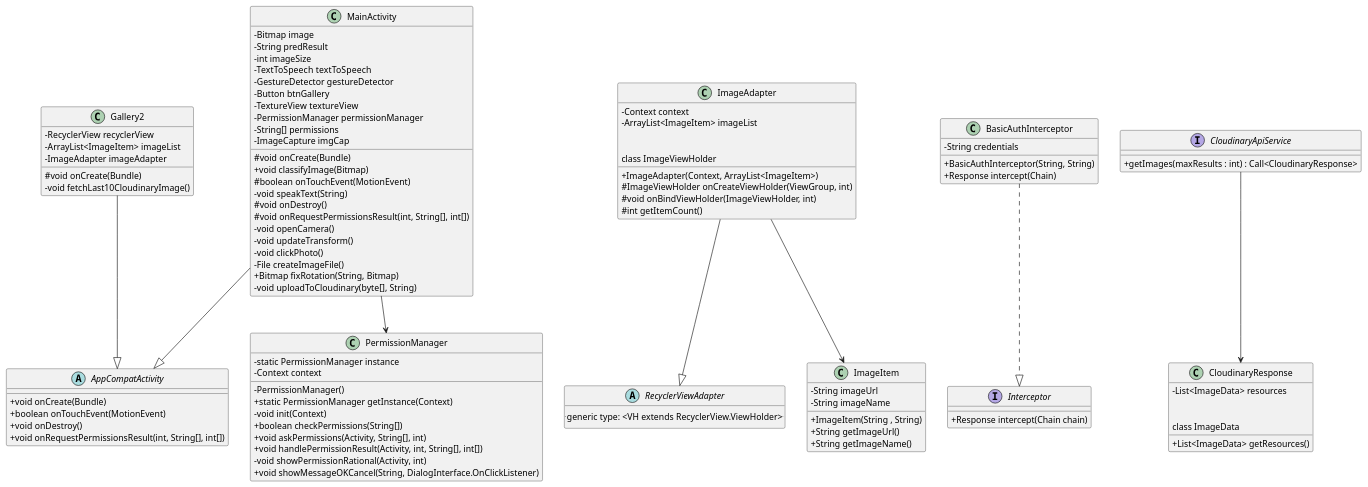
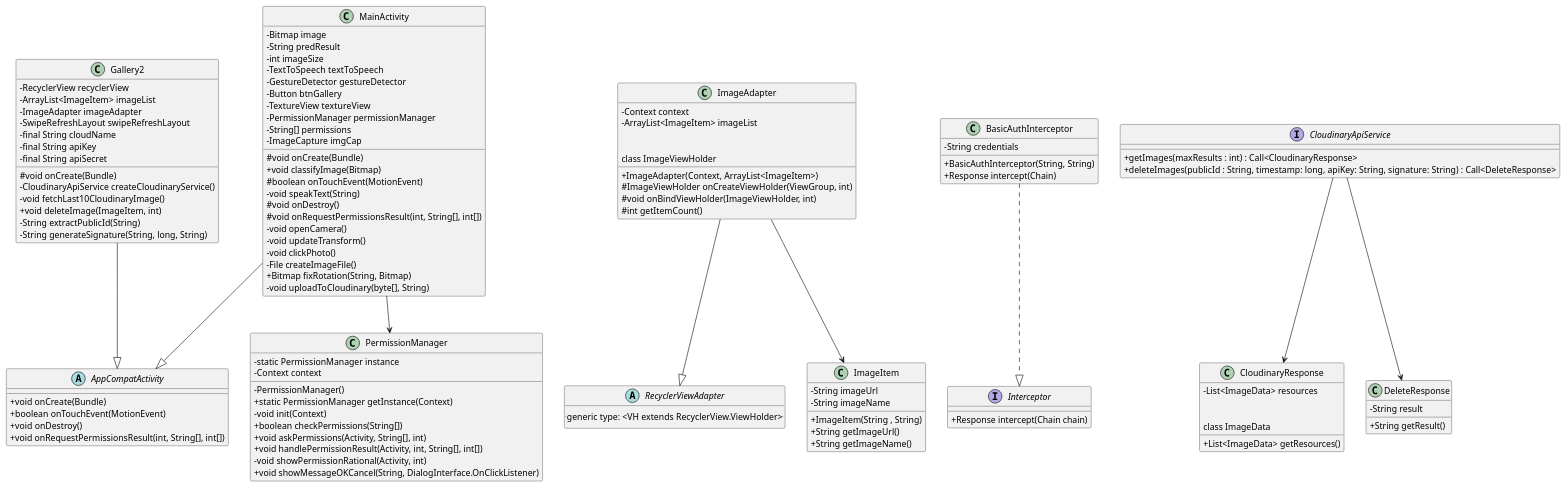
One commit to IsMaedeh/Android-Projeler changed the diagram in FinalProjesiCameraX3/app/src/main/java/com/example/finalprojesicamerax3/UML2.puml. Above: the diagram before and after it, drawn with PlantUML.

Commit message:
Final Projesi with CameraX 9.Update

```diff
--- a/FinalProjesiCameraX3/app/src/main/java/com/example/finalprojesicamerax3/UML2.puml
+++ b/FinalProjesiCameraX3/app/src/main/java/com/example/finalprojesicamerax3/UML2.puml
@@ -1,146 +1,162 @@
 @startuml
 
 skinparam classAttributeIconSize 0
 
 ' Define Android base classes
 abstract class AppCompatActivity {
     + void onCreate(Bundle)
     + boolean onTouchEvent(MotionEvent)
     + void onDestroy()
     + void onRequestPermissionsResult(int, String[], int[])
 }
 
 abstract class RecyclerViewAdapter {
     ..generic type: <VH extends RecyclerView.ViewHolder>..
 }
 
 ' MainActivity
 class MainActivity {
     - Bitmap image
     - String predResult
     - int imageSize
     - TextToSpeech textToSpeech
     - GestureDetector gestureDetector
     - Button btnGallery
     - TextureView textureView
     - PermissionManager permissionManager
     - String[] permissions
     - ImageCapture imgCap
 
     # void onCreate(Bundle)
     + void classifyImage(Bitmap)
     # boolean onTouchEvent(MotionEvent)
     - void speakText(String)
     # void onDestroy()
     # void onRequestPermissionsResult(int, String[], int[])
     - void openCamera()
     - void updateTransform()
     - void clickPhoto()
     - File createImageFile()
     + Bitmap fixRotation(String, Bitmap)
     - void uploadToCloudinary(byte[], String)
 }
 
 MainActivity --|> AppCompatActivity
 
 ' Gallery2
 class Gallery2 {
     - RecyclerView recyclerView
     - ArrayList<ImageItem> imageList
     - ImageAdapter imageAdapter
+    - SwipeRefreshLayout swipeRefreshLayout
+    - final String cloudName
+    - final String apiKey
+    - final String apiSecret
 
     # void onCreate(Bundle)
+    - CloudinaryApiService createCloudinaryService()
     - void fetchLast10CloudinaryImage()
+    + void deleteImage(ImageItem, int)
+    - String extractPublicId(String)
+    - String generateSignature(String, long, String)
 
 }
 
 Gallery2 --|> AppCompatActivity
 
 ' ImageItem
 class ImageItem {
     - String imageUrl
     - String imageName
 
     + ImageItem(String , String)
     + String getImageUrl()
     + String getImageName()
 }
 
 
 ' ImageAdapter
 class ImageAdapter {
     - Context context
     - ArrayList<ImageItem> imageList
 
     + ImageAdapter(Context, ArrayList<ImageItem>)
     # ImageViewHolder onCreateViewHolder(ViewGroup, int)
     # void onBindViewHolder(ImageViewHolder, int)
     # int getItemCount()
 
     class ImageViewHolder
 }
 
 ImageAdapter --|> RecyclerViewAdapter
 ImageAdapter --> ImageItem
 ImageAdapter --> ImageAdapter.ImageViewHolder
 
 
 
 ' PermissionManager
 class PermissionManager {
     - static PermissionManager instance
     - Context context
 
     - PermissionManager()
     + static PermissionManager getInstance(Context)
     - void init(Context)
     + boolean checkPermissions(String[])
     + void askPermissions(Activity, String[], int)
     + void handlePermissionResult(Activity, int, String[], int[])
     - void showPermissionRational(Activity, int)
     + void showMessageOKCancel(String, DialogInterface.OnClickListener)
 }
 
 MainActivity --> PermissionManager
 
 
 ' Interceptor Interface
 interface Interceptor {
     + Response intercept(Chain chain)
 }
 
 
 ' BasicAuthInterceptor
 class BasicAuthInterceptor {
     - String credentials
 
     + BasicAuthInterceptor(String, String)
     + Response intercept(Chain)
 }
 
 BasicAuthInterceptor ..|> Interceptor
 
 
 ' CloudinaryResponse
 class CloudinaryResponse {
     - List<ImageData> resources
 
     + List<ImageData> getResources()
 
     class ImageData
 
 }
 
 CloudinaryResponse --> CloudinaryResponse.ImageData
 
+' DeleteResponse
+class DeleteResponse {
+    - String result
+
+    + String getResult()
+}
 
 ' CloudinaryApiService
 interface CloudinaryApiService {
 
     + getImages(maxResults : int) : Call<CloudinaryResponse>
+    + deleteImages(publicId : String, timestamp: long, apiKey: String, signature: String) : Call<DeleteResponse>
 }
 
 CloudinaryApiService --> CloudinaryResponse
+CloudinaryApiService --> DeleteResponse
 
 
 @enduml
```
